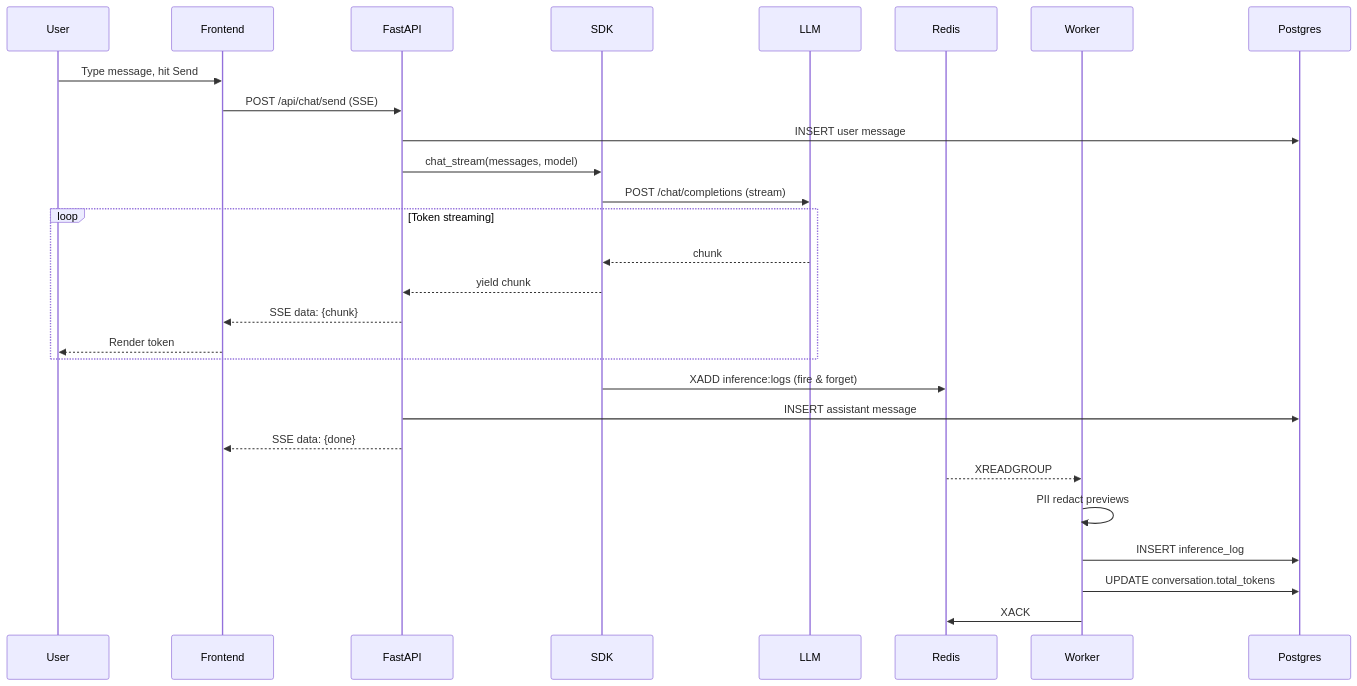
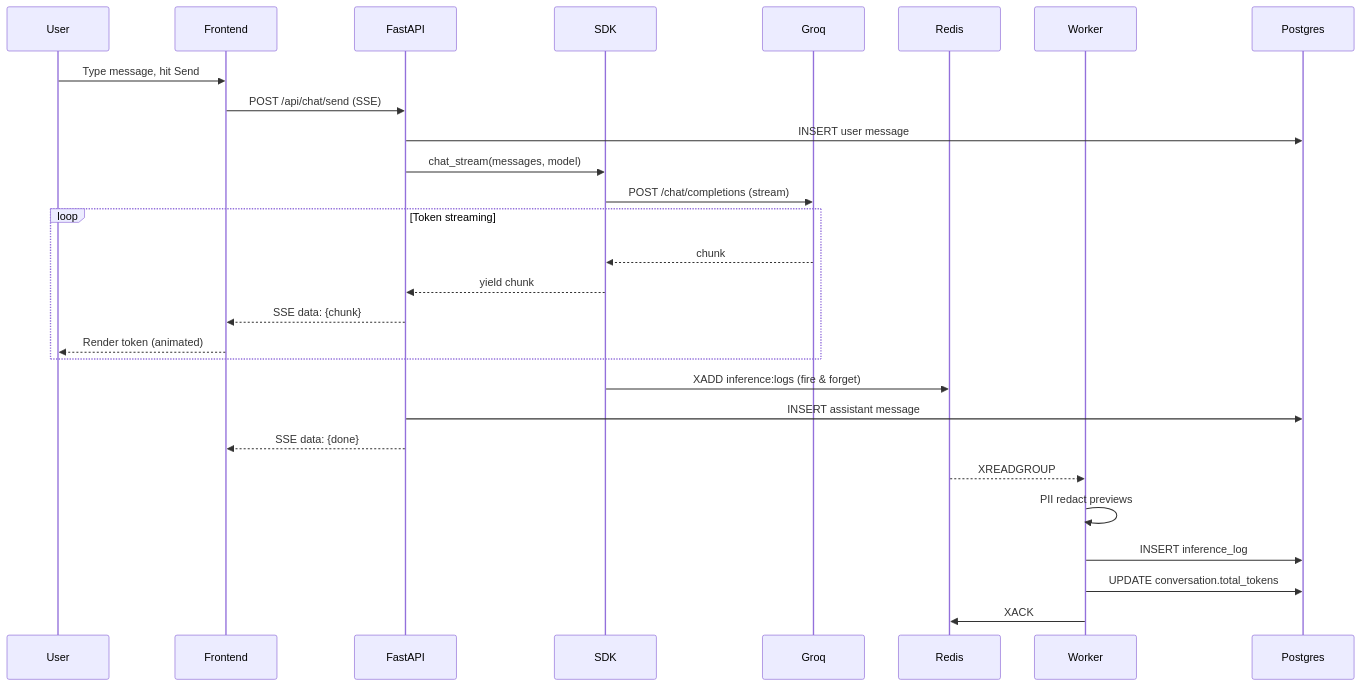
The second of 3 diagrams in README.md (hemanth-1321/chat-olive), drawn with Mermaid before and after one commit. The commit also changed other lines of this file and 8 other files, not shown here.

````diff
--- a/README.md
+++ b/README.md
@@ -50,31 +49,31 @@
 ```mermaid
 sequenceDiagram
     participant User
     participant Frontend
     participant FastAPI
     participant SDK
-    participant LLM
+    participant Groq
     participant Redis
     participant Worker
     participant Postgres
 
     User->>Frontend: Type message, hit Send
     Frontend->>FastAPI: POST /api/chat/send (SSE)
     FastAPI->>Postgres: INSERT user message
     FastAPI->>SDK: chat_stream(messages, model)
-    SDK->>LLM: POST /chat/completions (stream)
+    SDK->>Groq: POST /chat/completions (stream)
     loop Token streaming
-        LLM-->>SDK: chunk
+        Groq-->>SDK: chunk
         SDK-->>FastAPI: yield chunk
         FastAPI-->>Frontend: SSE data: {chunk}
-        Frontend-->>User: Render token
+        Frontend-->>User: Render token (animated)
     end
     SDK->>Redis: XADD inference:logs (fire & forget)
     FastAPI->>Postgres: INSERT assistant message
     FastAPI-->>Frontend: SSE data: {done}
     Redis-->>Worker: XREADGROUP
     Worker->>Worker: PII redact previews
     Worker->>Postgres: INSERT inference_log
     Worker->>Postgres: UPDATE conversation.total_tokens
     Worker->>Redis: XACK
 ```
````
